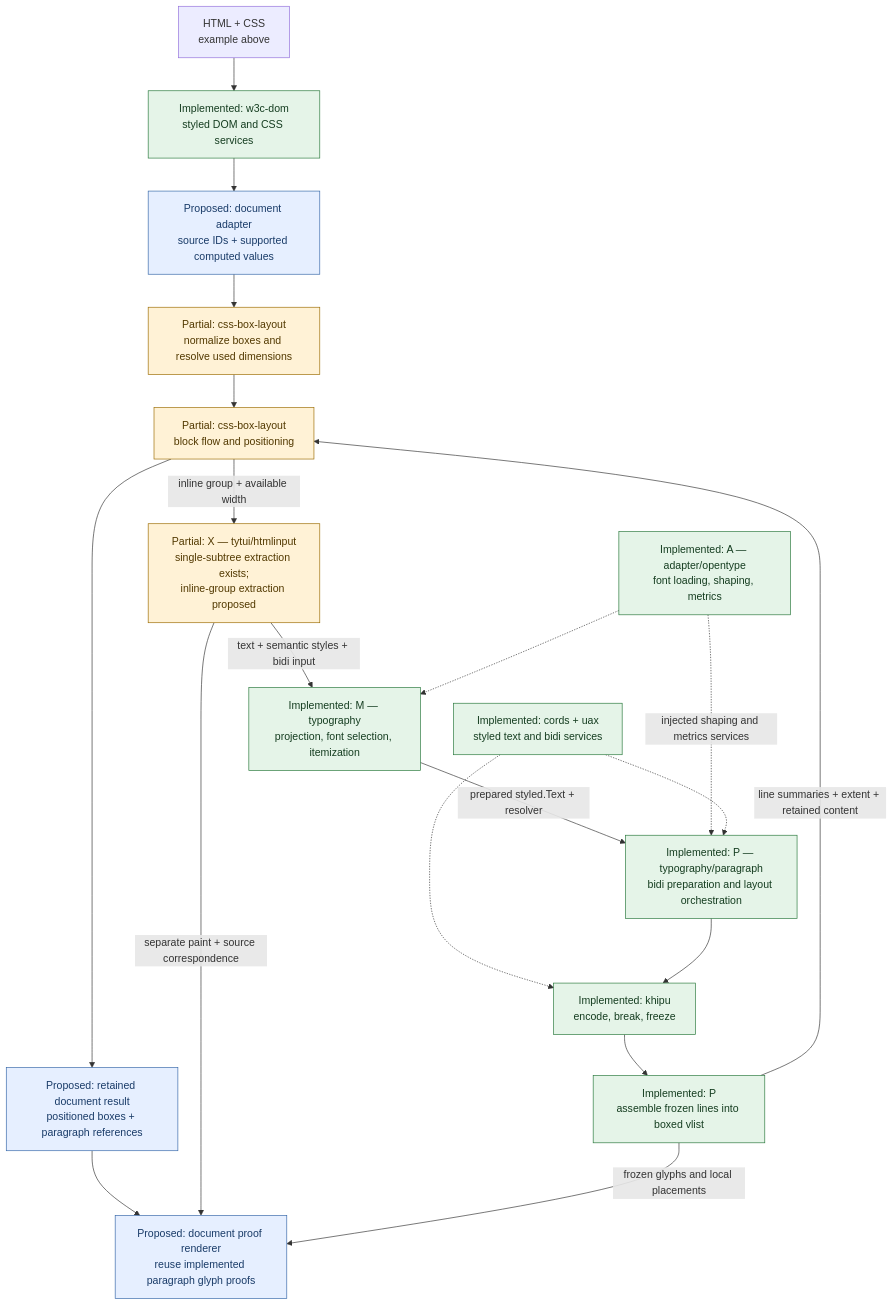
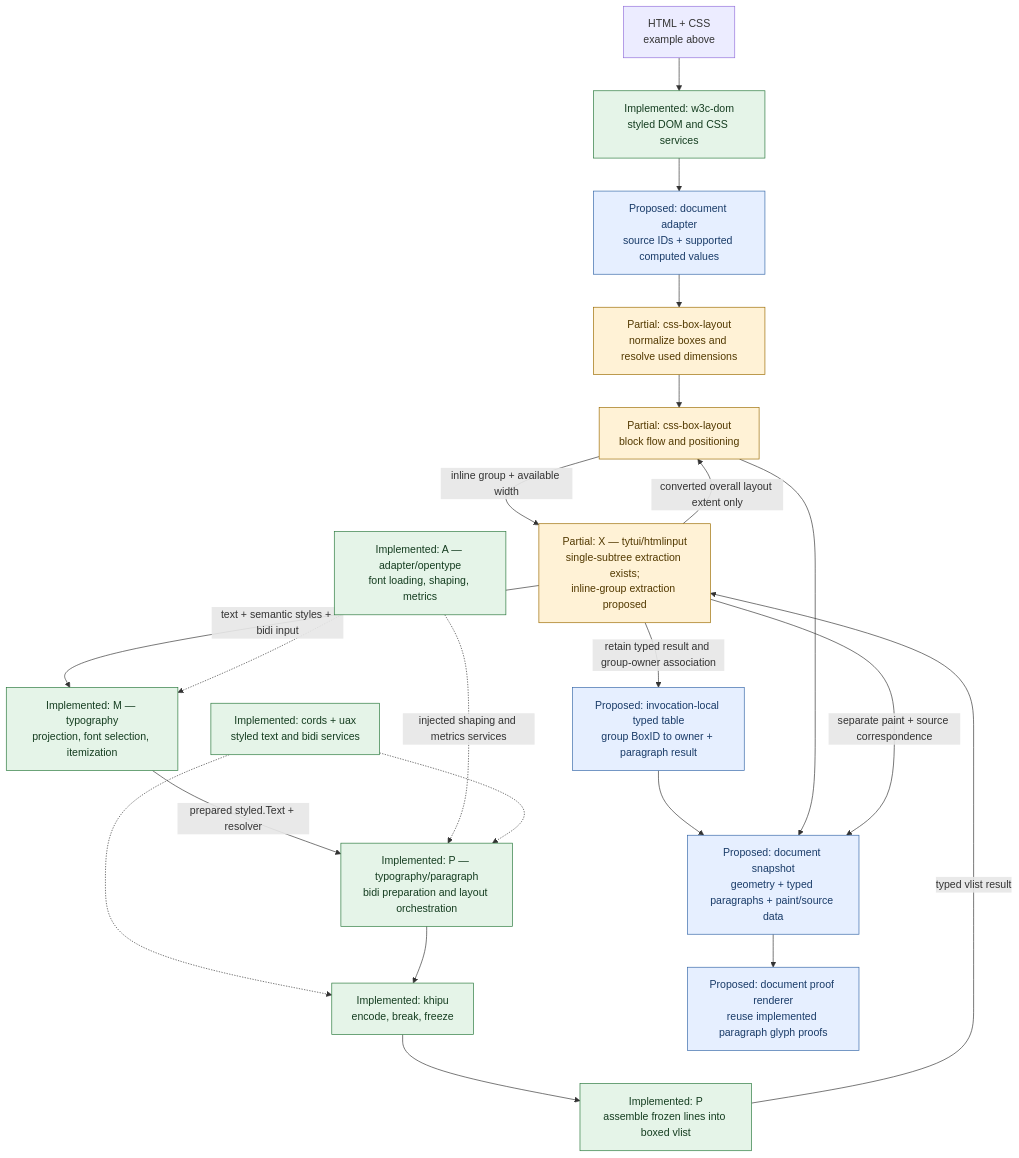
The first of 3 diagrams in doc/DOCUMENT_LAYOUT_VIEWS.md (npillmayer/tytui), drawn with Mermaid before and after one commit. The commit also changed other lines of this file and 2 other files, not shown here.

````diff
--- a/doc/DOCUMENT_LAYOUT_VIEWS.md
+++ b/doc/DOCUMENT_LAYOUT_VIEWS.md
@@ -45,38 +47,41 @@
 ```mermaid
 flowchart TD
     Source["HTML + CSS<br/>example above"]
     DOM["Implemented: w3c-dom<br/>styled DOM and CSS services"]
     Doc["Proposed: document adapter<br/>source IDs + supported computed values"]
     Box["Partial: css-box-layout<br/>normalize boxes and resolve used dimensions"]
     Flow["Partial: css-box-layout<br/>block flow and positioning"]
     X["Partial: X — tytui/htmlinput<br/>single-subtree extraction exists;<br/>inline-group extraction proposed"]
     M["Implemented: M — typography<br/>projection, font selection, itemization"]
     P["Implemented: P — typography/paragraph<br/>bidi preparation and layout orchestration"]
     K["Implemented: khipu<br/>encode, break, freeze"]
     V["Implemented: P<br/>assemble frozen lines into boxed vlist"]
     A["Implemented: A — adapter/opentype<br/>font loading, shaping, metrics"]
     CU["Implemented: cords + uax<br/>styled text and bidi services"]
-    Result["Proposed: retained document result<br/>positioned boxes + paragraph references"]
+    Store["Proposed: invocation-local typed table<br/>group BoxID to owner + paragraph result"]
+    Result["Proposed: document snapshot<br/>geometry + typed paragraphs + paint/source data"]
     Render["Proposed: document proof renderer<br/>reuse implemented paragraph glyph proofs"]
 
     Source --> DOM --> Doc --> Box --> Flow
     Flow -->|"inline group + available width"| X
     X -->|"text + semantic styles + bidi input"| M
     M -->|"prepared styled.Text + resolver"| P
     A -.-> M
     A -.->|"injected shaping and metrics services"| P
     CU -.-> P
     CU -.-> K
     P --> K --> V
-    V -->|"line summaries + extent + retained content"| Flow
+    V -->|"typed vlist result"| X
+    X -->|"converted overall layout extent only"| Flow
+    X -->|"retain typed result and group-owner association"| Store
+    Store --> Result
     Flow --> Result --> Render
-    X -->|"separate paint + source correspondence"| Render
-    V -->|"frozen glyphs and local placements"| Render
+    X -->|"separate paint + source correspondence"| Result
 
     classDef implemented fill:#e5f4e8,stroke:#28783b,color:#153d20;
     classDef partial fill:#fff2d6,stroke:#9b6b00,color:#523900;
     classDef proposed fill:#e6efff,stroke:#3567a8,color:#193b68;
     class DOM,M,P,K,V,A,CU implemented;
     class Box,Flow,X partial;
-    class Doc,Result,Render proposed;
+    class Doc,Store,Result,Render proposed;
 ```
````
